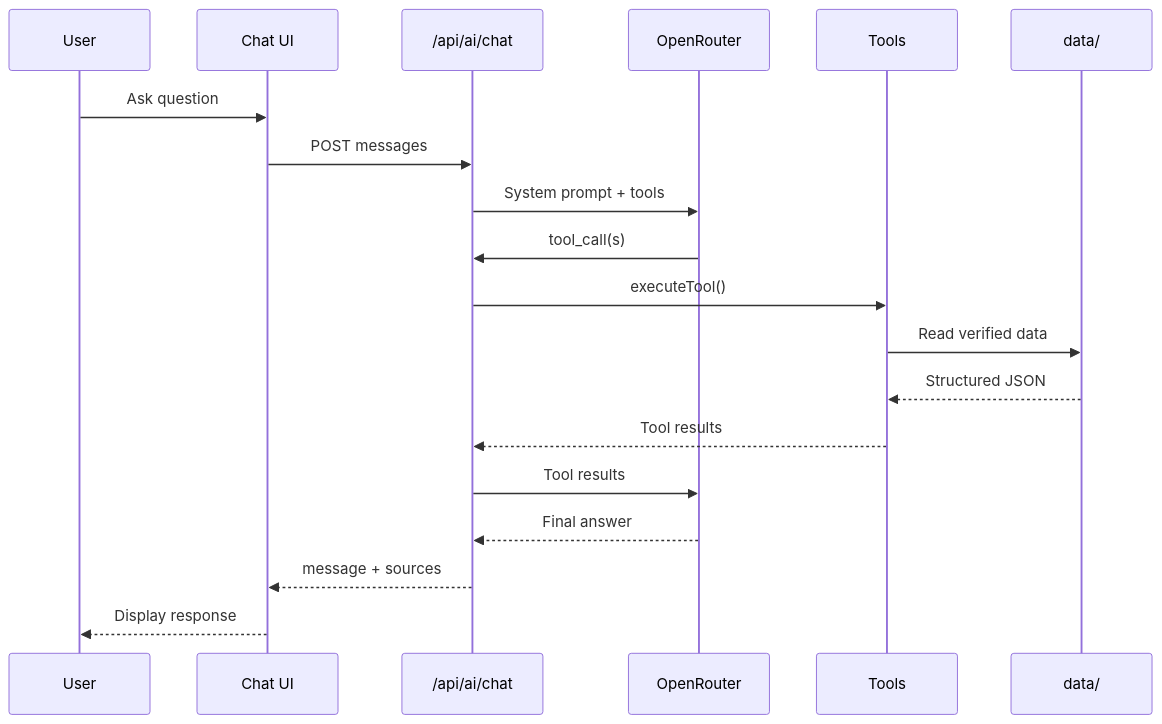
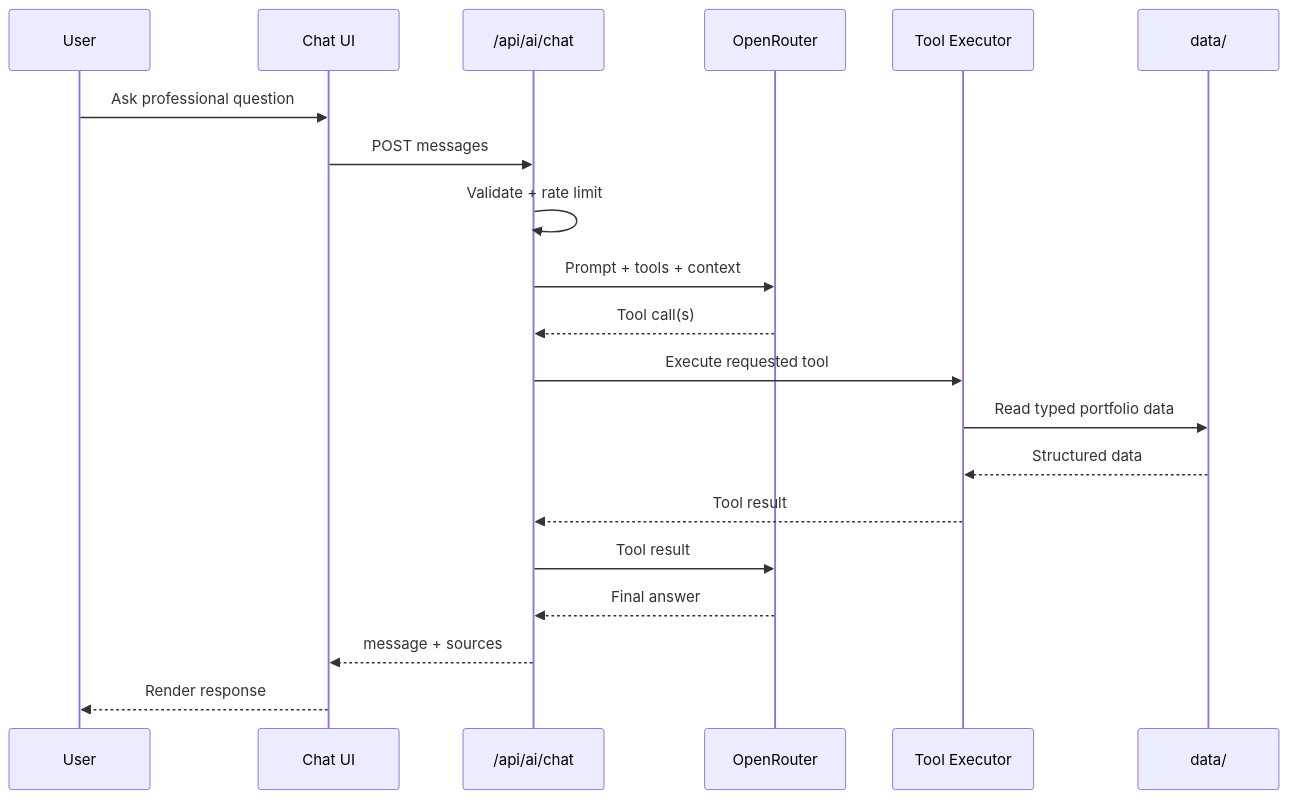
One commit to HardikArora0843/Portfolio changed the diagram in README.md. Above: the diagram before and after it, drawn with Mermaid. The commit also changed other lines of this file, not shown here.

````diff
--- a/README.md
+++ b/README.md
@@ -43,22 +194,23 @@
 ```mermaid
 sequenceDiagram
     participant U as User
     participant C as Chat UI
     participant A as /api/ai/chat
     participant O as OpenRouter
-    participant T as Tools
+    participant T as Tool Executor
     participant D as data/
 
-    U->>C: Ask question
+    U->>C: Ask professional question
     C->>A: POST messages
-    A->>O: System prompt + tools
-    O->>A: tool_call(s)
-    A->>T: executeTool()
-    T->>D: Read verified data
-    D-->>T: Structured JSON
-    T-->>A: Tool results
-    A->>O: Tool results
+    A->>A: Validate + rate limit
+    A->>O: Prompt + tools + context
+    O-->>A: Tool call(s)
+    A->>T: Execute requested tool
+    T->>D: Read typed portfolio data
+    D-->>T: Structured data
+    T-->>A: Tool result
+    A->>O: Tool result
     O-->>A: Final answer
     A-->>C: message + sources
-    C-->>U: Display response
+    C-->>U: Render response
 ```
````
